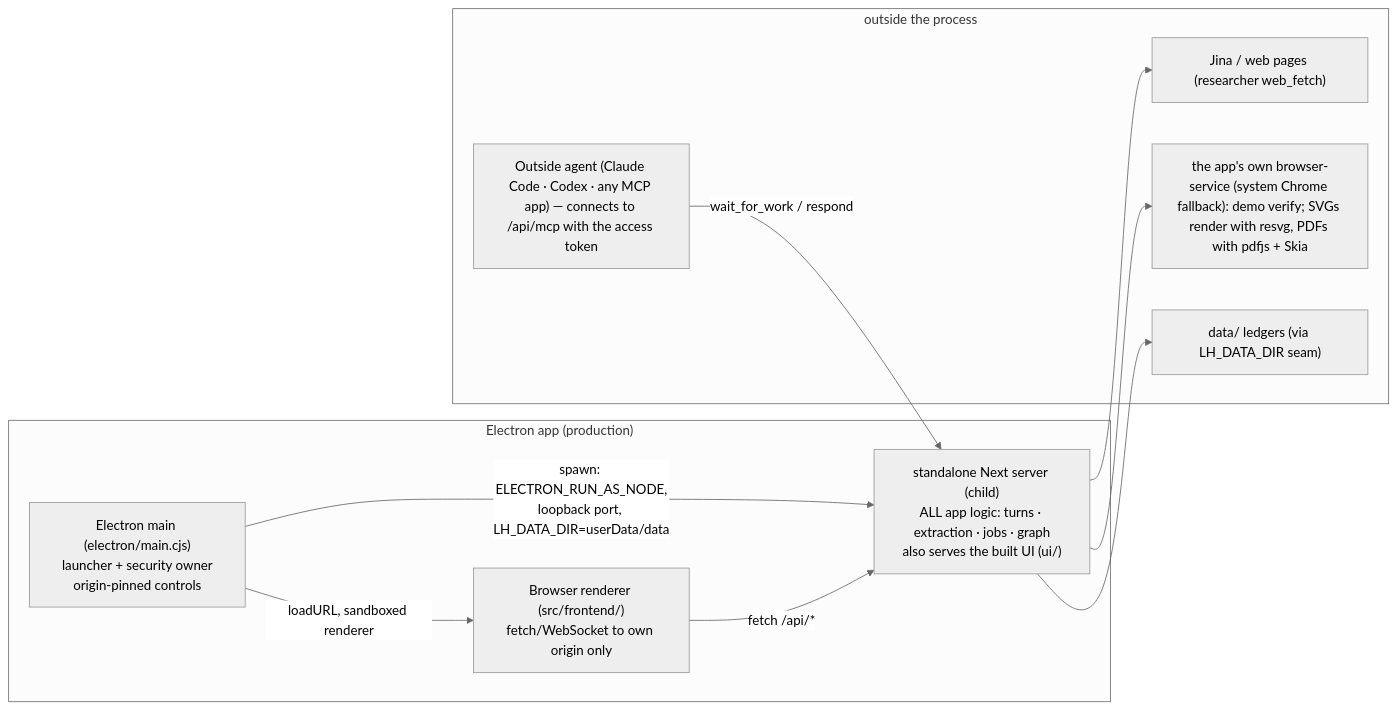
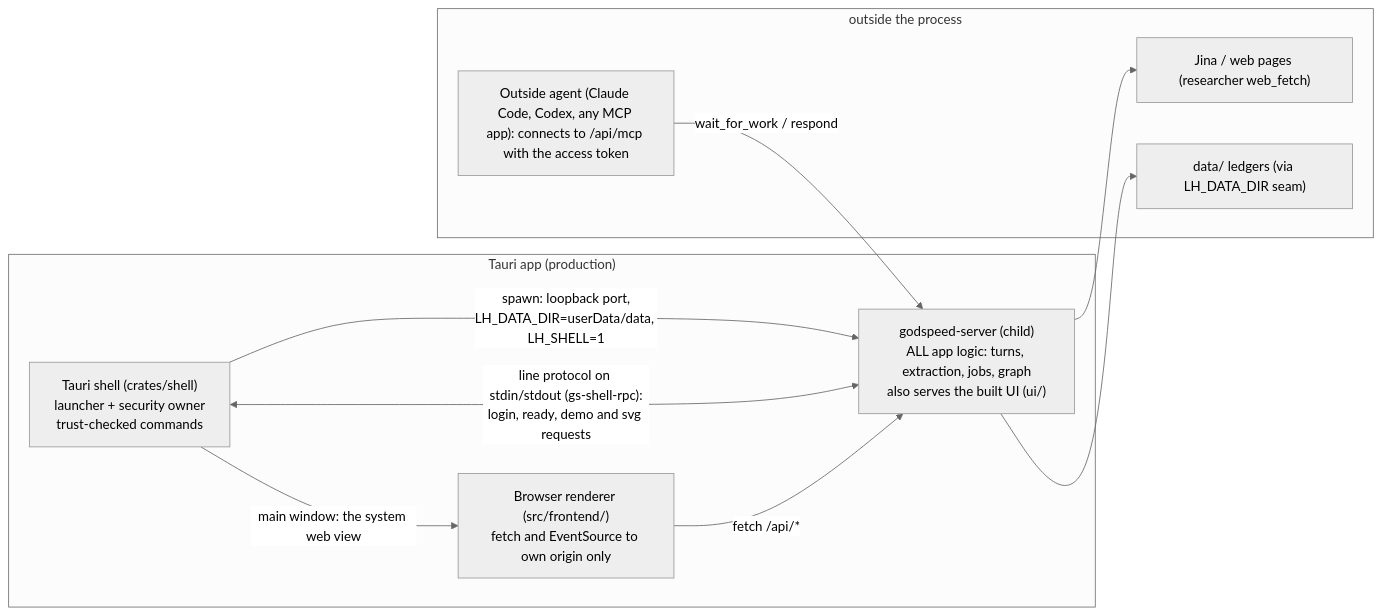
Before and after one commit to bayshores/godspeed: the seventh of 7 diagrams in docs/architecture.md, drawn with Mermaid (neutral theme). The commit also changed other lines of this file and 5 other files, not shown here.

Commit message:
Rewrite the README, development guide, architecture and Rust server docs for the Rust server and the Tauri shell

````diff
--- a/docs/architecture.md
+++ b/docs/architecture.md
@@ -429,18 +435,17 @@
 ```mermaid
 flowchart LR
-    subgraph DESKTOP["Electron app (production)"]
-        MAIN["Electron main (electron/main.cjs)<br/>launcher + security owner<br/>origin-pinned controls"] -->|"spawn: ELECTRON_RUN_AS_NODE,<br/>loopback port, LH_DATA_DIR=userData/data"| NEXT["standalone Next server (child)<br/>ALL app logic: turns · extraction · jobs · graph<br/>also serves the built UI (ui/)"]
-        MAIN -->|"loadURL, sandboxed renderer"| REND["Browser renderer (src/frontend/)<br/>fetch/WebSocket to own origin only"]
+    subgraph DESKTOP["Tauri app (production)"]
+        SHELLP["Tauri shell (crates/shell)<br/>launcher + security owner<br/>trust-checked commands"] -->|"spawn: loopback port,<br/>LH_DATA_DIR=userData/data, LH_SHELL=1"| SRV["godspeed-server (child)<br/>ALL app logic: turns, extraction, jobs, graph<br/>also serves the built UI (ui/)"]
+        SHELLP <-->|"line protocol on stdin/stdout (gs-shell-rpc):<br/>login, ready, demo and svg requests"| SRV
+        SHELLP -->|"main window: the system web view"| REND["Browser renderer (src/frontend/)<br/>fetch and EventSource to own origin only"]
     end
     subgraph OUTSIDE["outside the process"]
-        OR["Outside agent (Claude Code · Codex · any MCP app) — connects to /api/mcp with the access token"]
+        OR["Outside agent (Claude Code, Codex, any MCP app): connects to /api/mcp with the access token"]
         GCSE["Jina / web pages (researcher web_fetch)"]
-        CHROME["the app's own browser-service (system Chrome fallback): demo verify; SVGs render with resvg, PDFs with pdfjs + Skia"]
         DISK["data/ ledgers (via LH_DATA_DIR seam)"]
     end
-    OR -->|"wait_for_work / respond"| NEXT
-    NEXT --> GCSE
-    NEXT --> CHROME
-    NEXT --> DISK
-    REND -->|"fetch /api/*"| NEXT
+    OR -->|"wait_for_work / respond"| SRV
+    SRV --> GCSE
+    SRV --> DISK
+    REND -->|"fetch /api/*"| SRV
 ```
````
